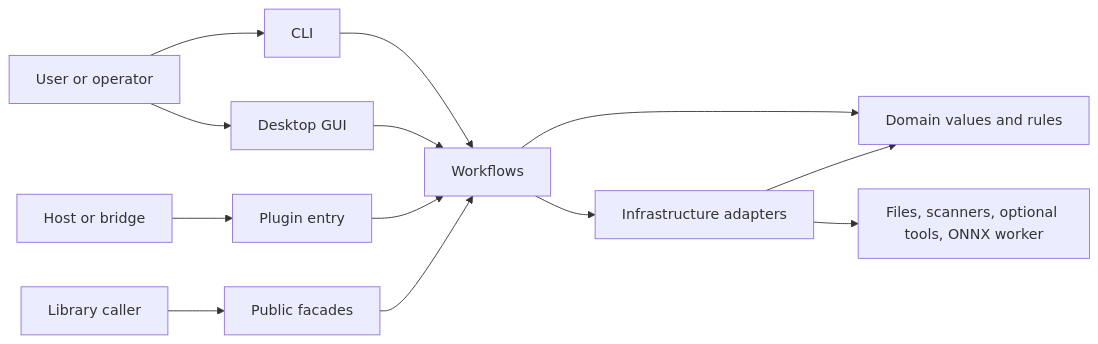
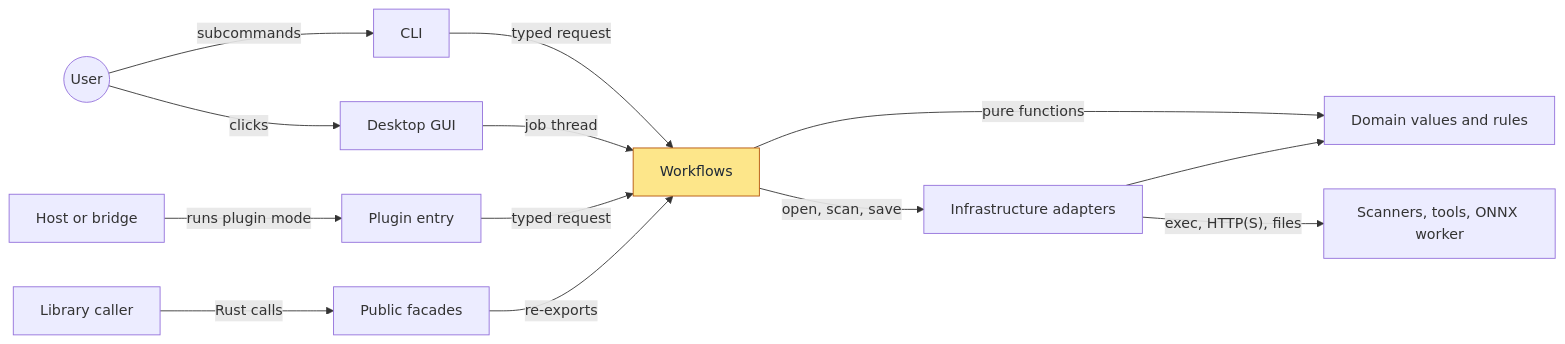
One commit to sebastianspicker/open-scanline changed the first of 5 diagrams in docs/architecture.md. Above: the diagram before and after it, drawn with Mermaid. The commit also changed other lines of this file and 1 other file, not shown here.

First line of the commit message:
Document scan walkthroughs, state, CI and code map in the architecture guide

````diff
--- a/docs/architecture.md
+++ b/docs/architecture.md
@@ -14,15 +16,17 @@
 ```mermaid
 flowchart LR
-    user[User or operator] --> cli[CLI]
-    user --> gui[Desktop GUI]
-    host[Host or bridge] --> plugin[Plugin entry]
-    lib[Library caller] --> facades[Public facades]
-    cli --> workflows[Workflows]
-    gui --> workflows
-    plugin --> workflows
-    facades --> workflows
-    workflows --> infrastructure[Infrastructure adapters]
-    workflows --> domain[Domain values and rules]
+    user((User)) -->|subcommands| cli[CLI]
+    user -->|clicks| gui[Desktop GUI]
+    host[Host or bridge] -->|"runs plugin mode"| plugin[Plugin entry]
+    lib[Library caller] -->|Rust calls| facades[Public facades]
+    cli -->|typed request| workflows[Workflows]
+    gui -->|"job thread"| workflows
+    plugin -->|typed request| workflows
+    facades -->|re-exports| workflows
+    workflows -->|"open, scan, save"| infrastructure[Infrastructure adapters]
+    workflows -->|pure functions| domain[Domain values and rules]
     infrastructure --> domain
-    infrastructure --> external[Files, scanners, optional tools, ONNX worker]
+    infrastructure -->|"exec, HTTP(S), files"| external[Scanners, tools, ONNX worker]
+    classDef focus fill:#fde68a,stroke:#b45309,color:#1f2937
+    class workflows focus
 ```
````
